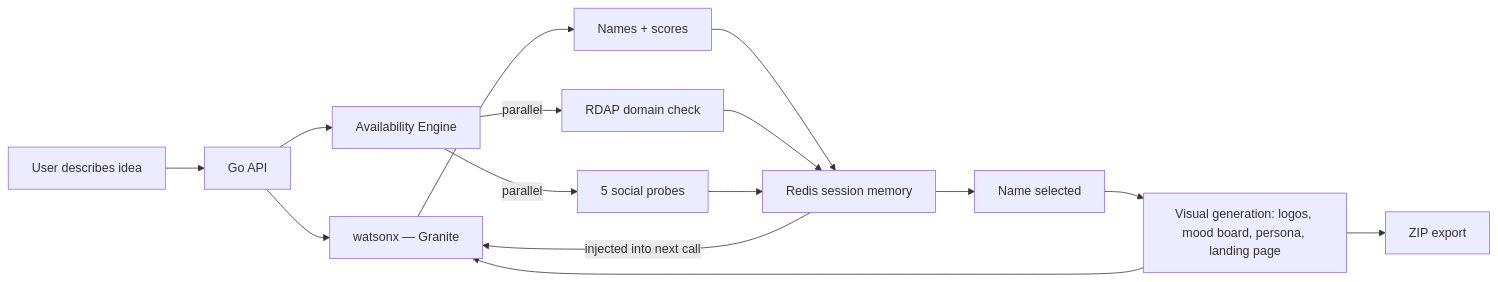
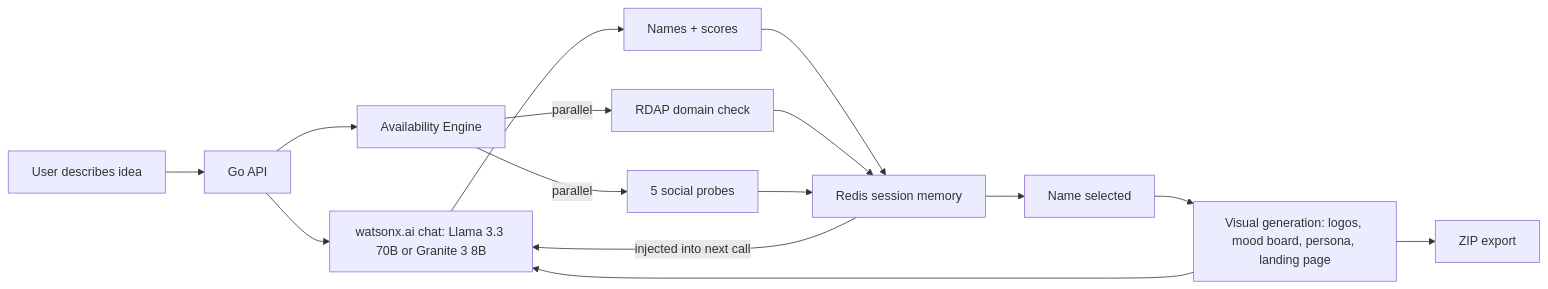
The diagram in README.md (c-annabel/NomVoxBranding), drawn with Mermaid before and after one commit. The commit also changed other lines of this file and 13 other files, not shown here.

First line of the commit message:
Restore live AI generation and refine the visual identity flow

````diff
--- a/README.md
+++ b/README.md
@@ -57,17 +61,17 @@
 ```mermaid
 flowchart LR
     A[User describes idea] --> B[Go API]
-    B --> C[watsonx — Granite]
+    B --> C[watsonx.ai chat: Llama 3.3 70B or Granite 3 8B]
     C --> D[Names + scores]
     B --> E[Availability Engine]
     E -->|parallel| F[RDAP domain check]
     E -->|parallel| G[5 social probes]
     D --> H[Redis session memory]
     F --> H
     G --> H
     H -->|injected into next call| C
     H --> I[Name selected]
     I --> J[Visual generation: logos, mood board, persona, landing page]
     J --> C
     J --> K[ZIP export]
 ```
````
